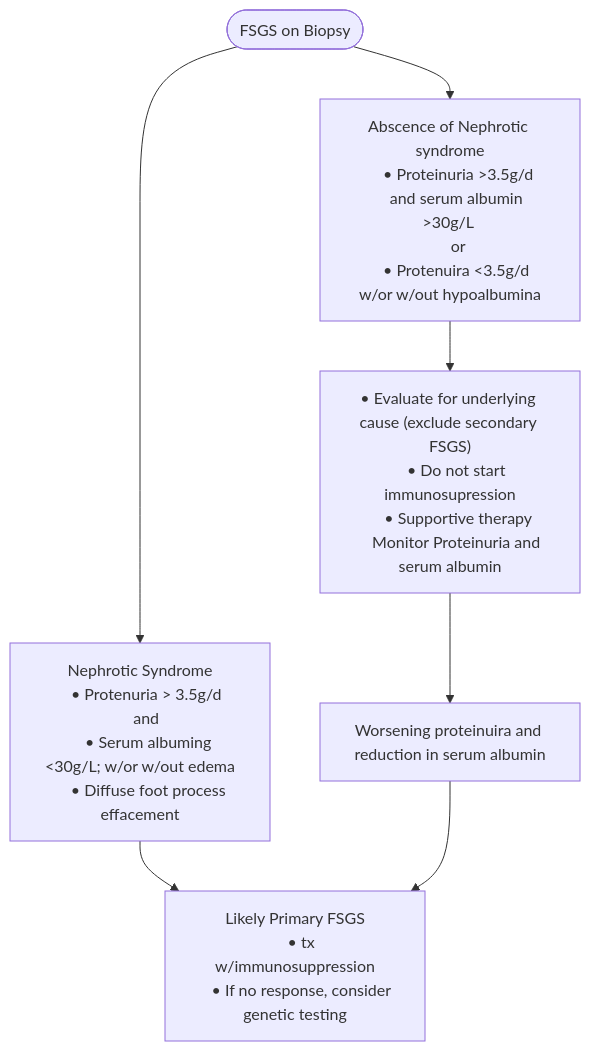
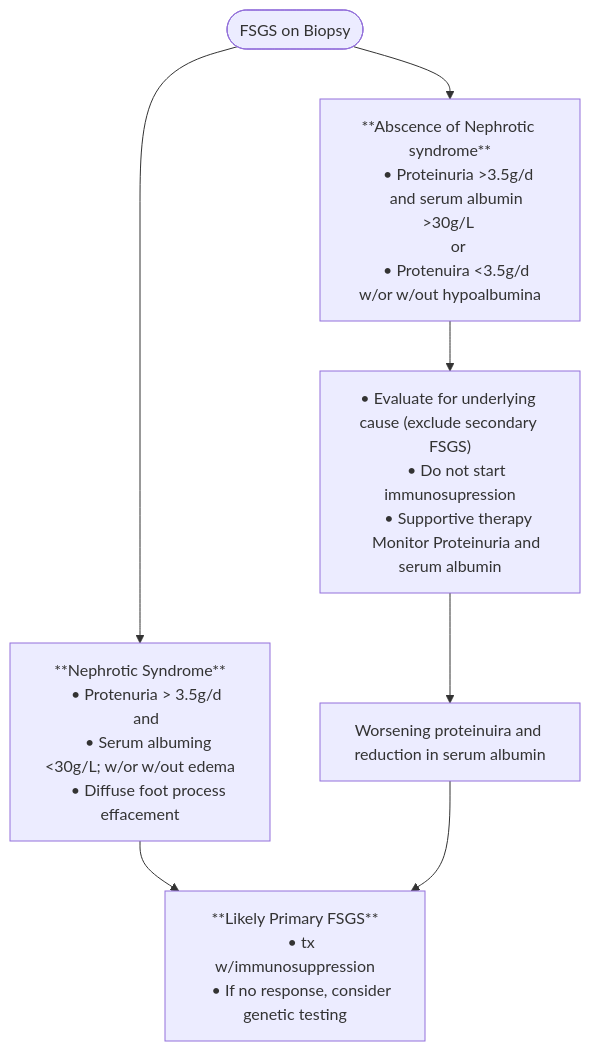
One commit to TTUNEPH2025/GN changed the diagram in docs/FSGS.md. Above: the diagram before and after it, drawn with Mermaid.

````diff
--- a/docs/FSGS.md
+++ b/docs/FSGS.md
@@ -34,21 +34,21 @@
 ```mermaid
 flowchart TD
-    A(["FSGS on Biopsy"]) --> C["Nephrotic Syndrome
+    A(["FSGS on Biopsy"]) --> C["**Nephrotic Syndrome**
     • Protenuria &gt; 3.5g/d 
     and 
      • Serum albuming &lt;30g/L; w/or w/out edema
-     • Diffuse foot process effacement"] & n2["Abscence of Nephrotic syndrome
+     • Diffuse foot process effacement"] & n2["**Abscence of Nephrotic syndrome**
     • Proteinuria &gt;3.5g/d
     and serum albumin &gt;30g/L 
     or
     • Protenuira &lt;3.5g/d w/or w/out hypoalbumina"]
-    C --> n3["Likely Primary FSGS
+    C --> n3["**Likely Primary FSGS**
     • tx w/immunosuppression
     • If no response, consider genetic testing"]
     n2 --> n4["• Evaluate for underlying cause (exclude secondary FSGS)
     • Do not start immunosupression
     • Supportive therapy
     Monitor Proteinuria and serum albumin"]
     n4 --> n5["Worsening proteinuira and reduction in serum albumin"]
     n5 --> n3
 ```
````
